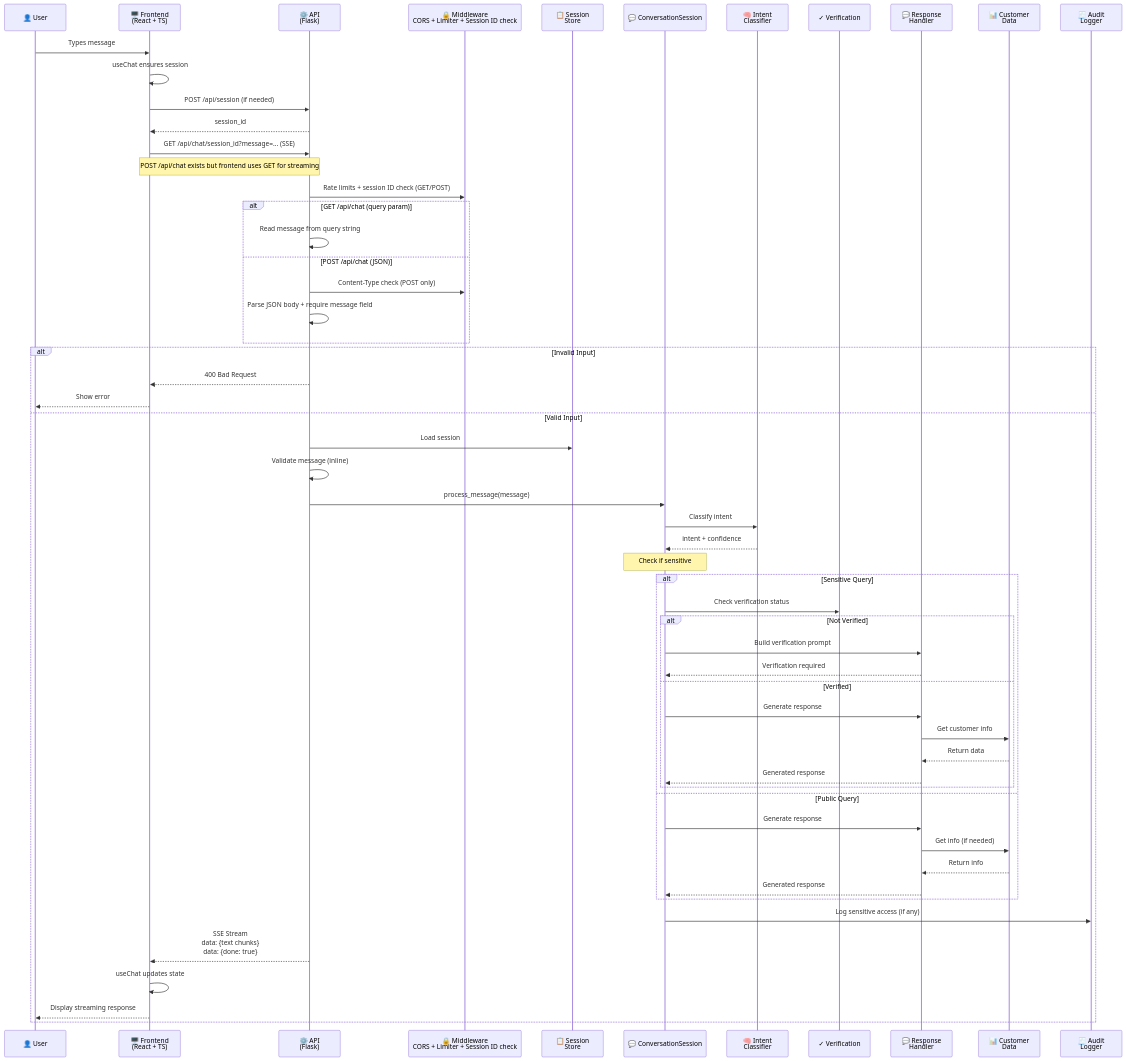
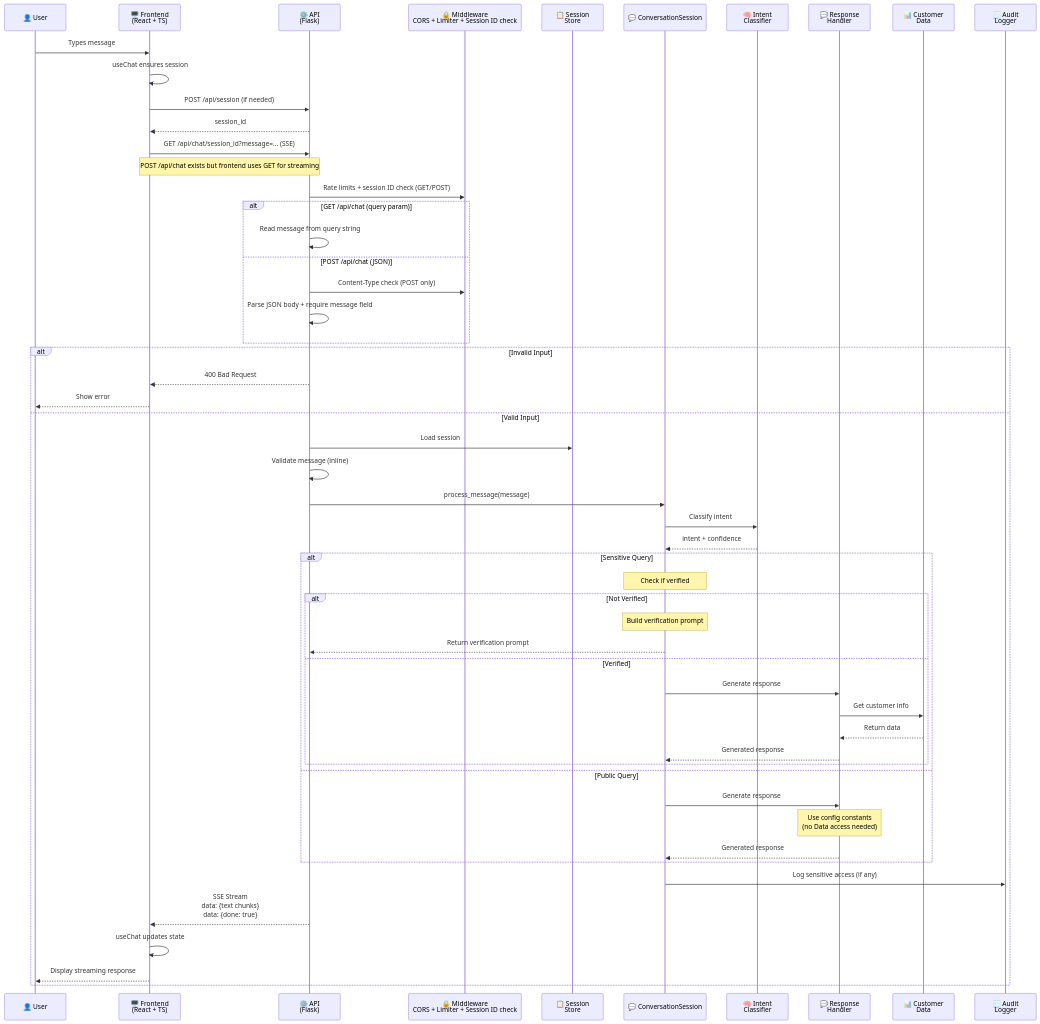
Before and after one commit to polarbeargo/bank-customer-service-chatbot: the second of 2 diagrams in README.md, drawn with Mermaid. The commit also changed other lines of this file, not shown here.

````diff
--- a/README.md
+++ b/README.md
@@ -73,63 +73,60 @@
 ```mermaid
 sequenceDiagram
    participant User as 👤 User
    participant Frontend as 🖥️ Frontend<br/>(React + TS)
    participant API as ⚙️ API<br/>(Flask)
    participant Middleware as 🔒 Middleware<br/>CORS + Limiter + Session ID check
    participant Session as 📋 Session<br/>Store
    participant Engine as 💬 ConversationSession
    participant Intent as 🧠 Intent<br/>Classifier
-   participant Verify as ✓ Verification
    participant Response as 💬 Response<br/>Handler
    participant Data as 📊 Customer<br/>Data
    participant Audit as 🧾 Audit<br/>Logger
 
    User->>Frontend: Types message
    Frontend->>Frontend: useChat ensures session
    Frontend->>API: POST /api/session (if needed)
    API-->>Frontend: session_id
    Frontend->>API: GET /api/chat/session_id?message=... (SSE)
    Note over Frontend,API: POST /api/chat exists but frontend uses GET for streaming
     
    API->>Middleware: Rate limits + session ID check (GET/POST)
    alt GET /api/chat (query param)
       API->>API: Read message from query string
    else POST /api/chat (JSON)
       API->>Middleware: Content-Type check (POST only)
       API->>API: Parse JSON body + require message field
    end
    alt Invalid Input
       API-->>Frontend: 400 Bad Request
       Frontend-->>User: Show error
    else Valid Input
       API->>Session: Load session
       API->>API: Validate message (inline)
       API->>Engine: process_message(message)
       Engine->>Intent: Classify intent
       Intent-->>Engine: intent + confidence
-      Note over Engine: Check if sensitive
         
       alt Sensitive Query
-         Engine->>Verify: Check verification status
+         Note over Engine: Check if verified
          alt Not Verified
-            Engine->>Response: Build verification prompt
-            Response-->>Engine: Verification required
+            Note over Engine: Build verification prompt
+            Engine-->>API: Return verification prompt
          else Verified
             Engine->>Response: Generate response
             Response->>Data: Get customer info
             Data-->>Response: Return data
             Response-->>Engine: Generated response
          end
       else Public Query
          Engine->>Response: Generate response
-         Response->>Data: Get info (if needed)
-         Data-->>Response: Return info
+         Note over Response: Use config constants<br/>(no Data access needed)
          Response-->>Engine: Generated response
       end
 
       Engine->>Audit: Log sensitive access (if any)
       API-->>Frontend: SSE Stream<br/>data: {text chunks}<br/>data: {done: true}
       Frontend->>Frontend: useChat updates state
       Frontend-->>User: Display streaming response
    end
 ```
````
